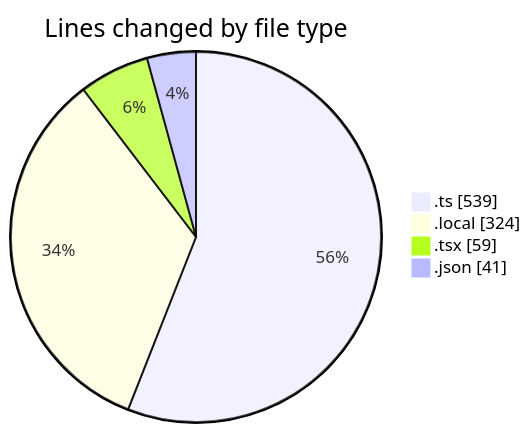
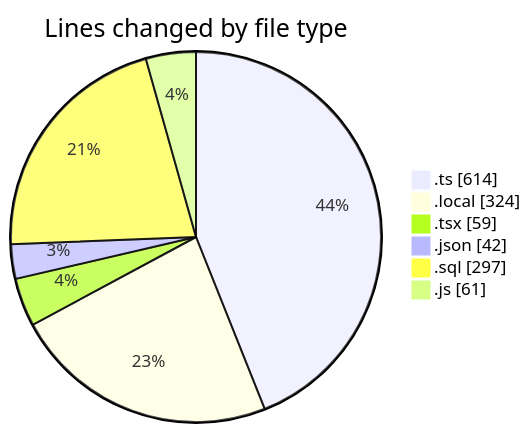
The first of 2 diagrams in 2025-05-20/fixme24/README.md (FixMe24/code-tracking), drawn with Mermaid before and after one commit. The commit also changed other lines of this file and 1 other file, not shown here.

````diff
--- a/2025-05-20/fixme24/README.md
+++ b/2025-05-20/fixme24/README.md
@@ -30,8 +33,10 @@
 ```mermaid
 pie showData
 title Lines changed by file type
-".ts" : 539
+".ts" : 614
 ".local" : 324
 ".tsx" : 59
-".json" : 41
+".json" : 42
+".sql" : 297
+".js" : 61
 ```
````
